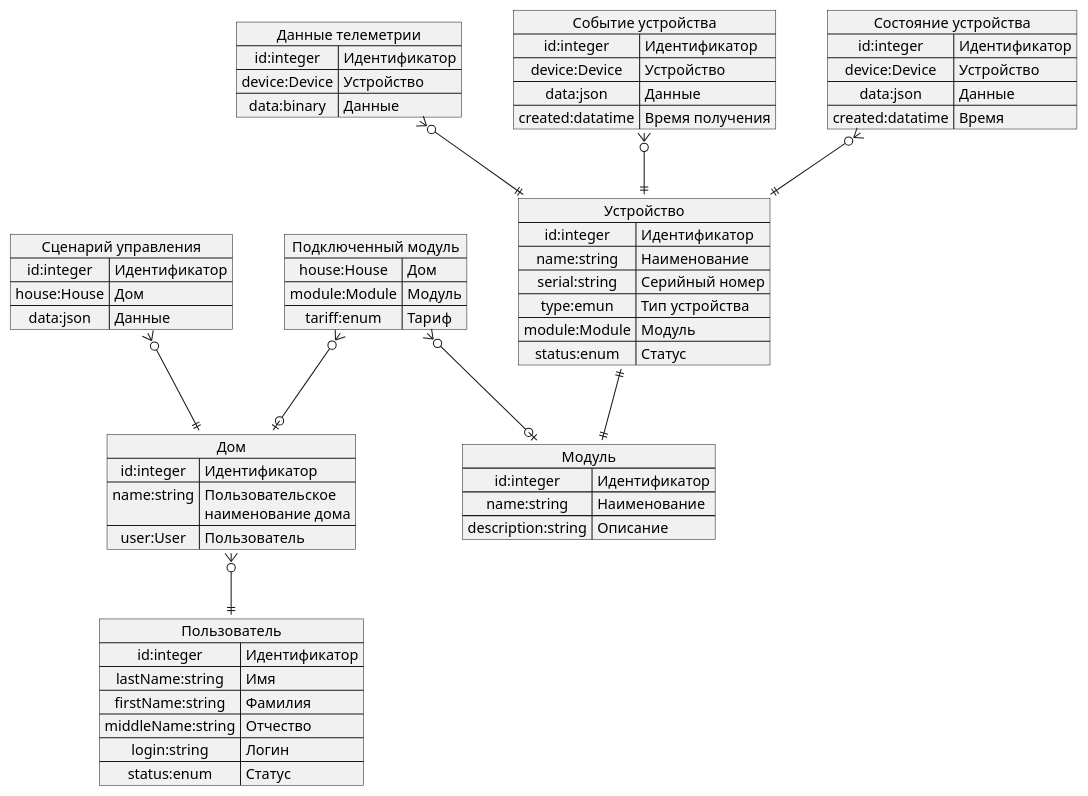
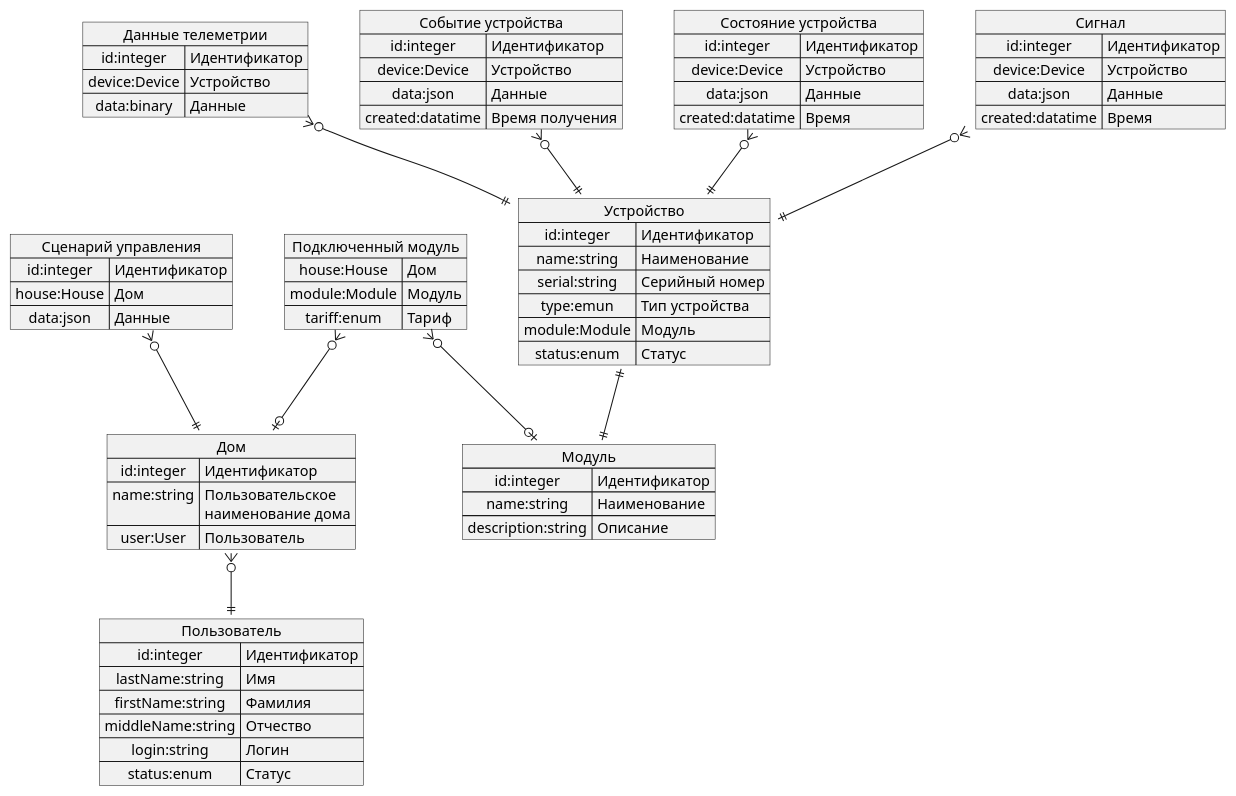
Before and after one commit to asbelon/architecture-sprint-3: the diagram in arch/er.puml, drawn with PlantUML. The commit also changed 4 other files, not shown here.

```diff
--- a/arch/er.puml
+++ b/arch/er.puml
@@ -1,73 +1,81 @@
 @startuml
 
     map "Пользователь" as User {
         id:integer => Идентификатор
         lastName:string => Имя
         firstName:string => Фамилия
         middleName:string => Отчество
         login:string => Логин
         status:enum => Статус
     }
 
     map "Дом" as House {
         id:integer => Идентификатор
         name:string => Пользовательское \nнаименование дома
         user:User => Пользователь
     }
     House }o--|| User
 
     map "Сценарий управления" as Script {
         id:integer => Идентификатор
         house:House => Дом
         data:json => Данные
     }
     Script }o--|| House
 
     map "Модуль" as Module {
         id:integer => Идентификатор
         name:string => Наименование
         description:string => Описание
     }
 
     map "Подключенный модуль" as ConnectedModule {
         house:House => Дом
         module:Module => Модуль
         tariff:enum => Тариф
     }
     ConnectedModule }o--o| House
     ConnectedModule }o--o| Module
 
     map "Устройство" as Device {
         id:integer => Идентификатор
         name:string => Наименование
         serial:string => Серийный номер
         type:emun => Тип устройства
         module:Module => Модуль
         status:enum => Статус
     }
     Device ||--|| Module
 
     map "Данные телеметрии" as TelemetryData {
         id:integer => Идентификатор
         device:Device => Устройство
         data:binary => Данные
     }
     TelemetryData }o--|| Device
 
     map "Событие устройства" as DeviceEvent {
         id:integer => Идентификатор
         device:Device => Устройство
         data:json => Данные
         created:datatime => Время получения
     }
     DeviceEvent }o--|| Device
 
     map "Состояние устройства" as DeviceState {
         id:integer => Идентификатор
         device:Device => Устройство
         data:json => Данные
         created:datatime => Время
     }
     DeviceState }o--|| Device
 
+    map "Сигнал" as Signal {
+        id:integer => Идентификатор
+        device:Device => Устройство
+        data:json => Данные
+        created:datatime => Время
+    }
+    Signal }o--|| Device
+
 @enduml
```
